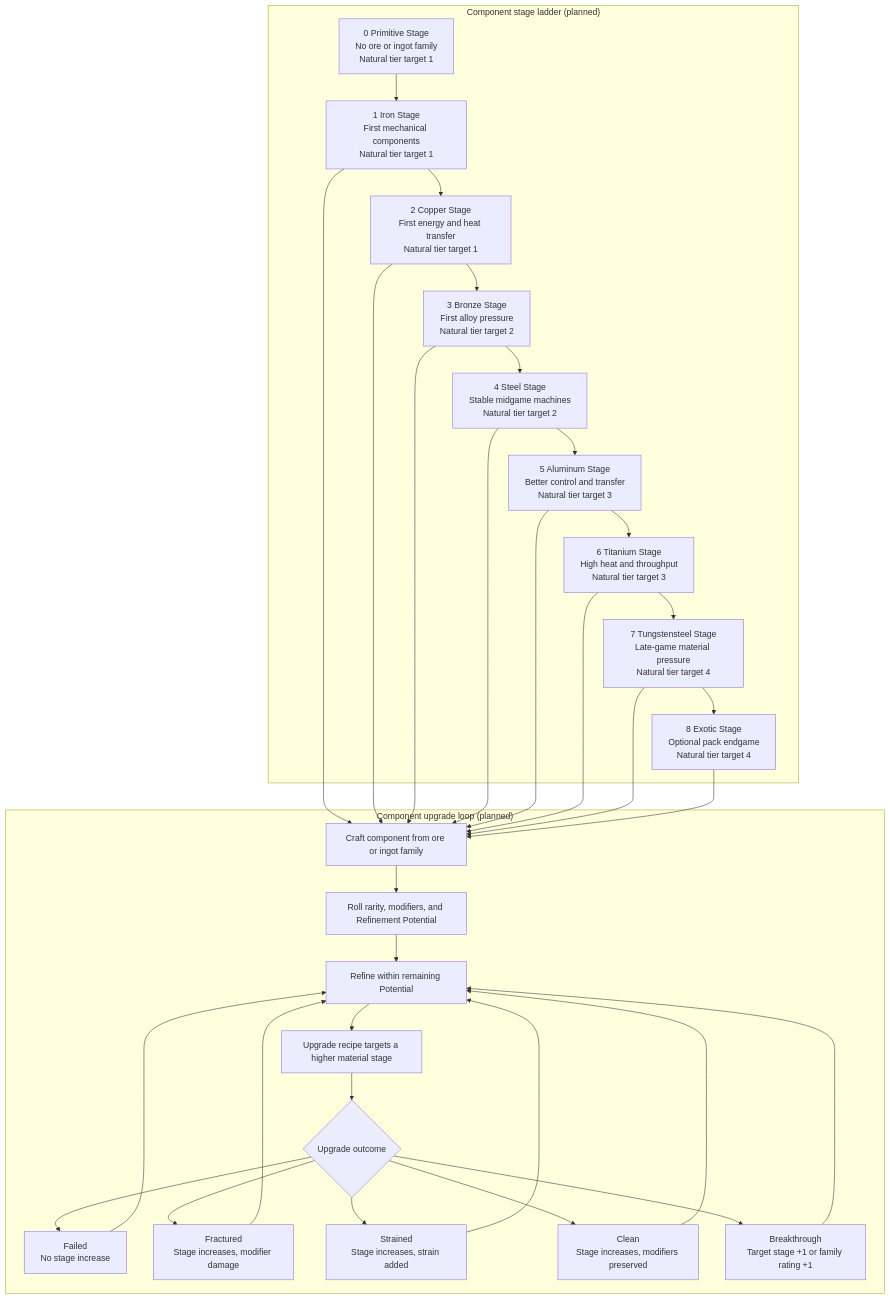
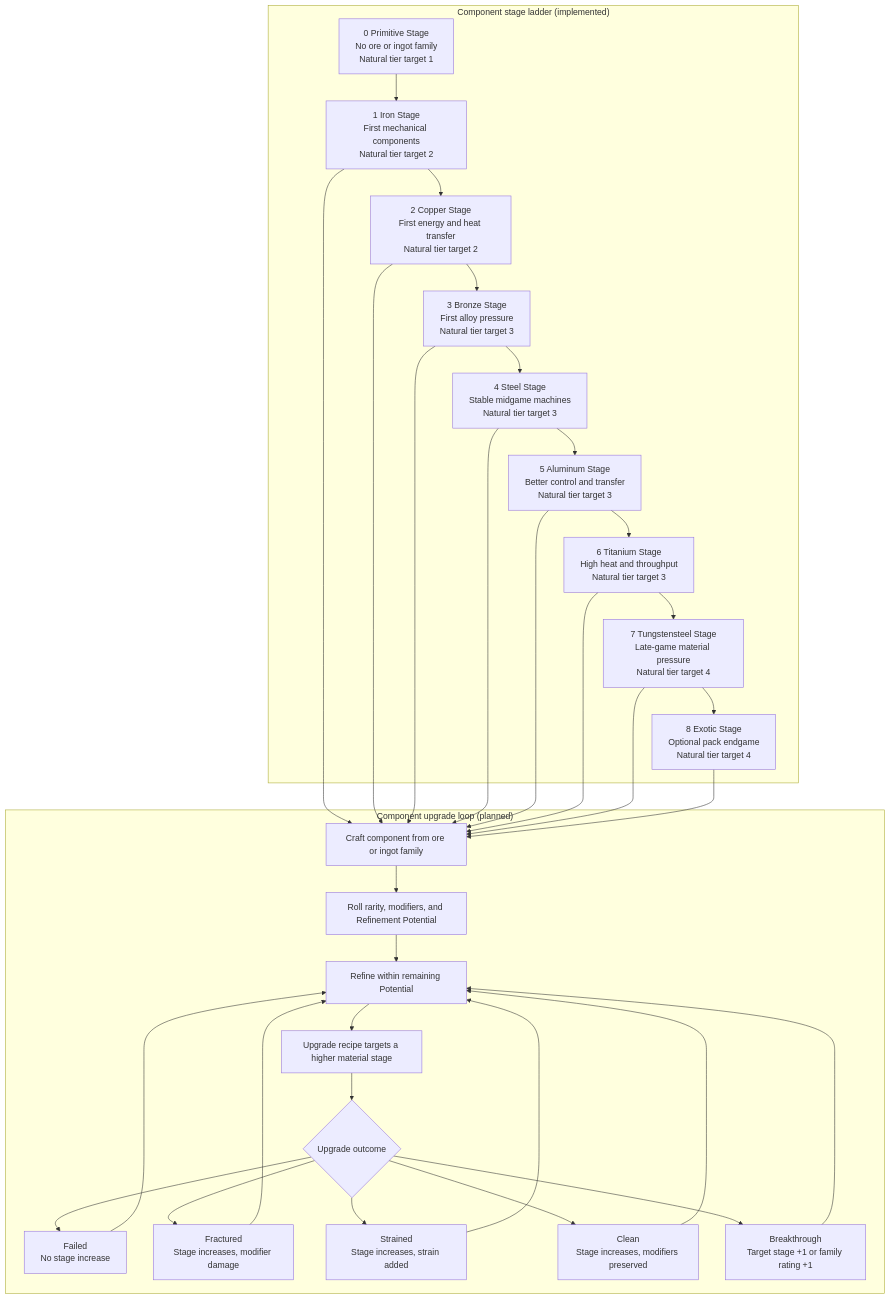
The first of 2 diagrams in docs/systems/stage-progression-and-ore-duplication.md (C-Pettersson/rngtech), drawn with Mermaid before and after one commit. The commit also changed other lines of this file and 122 other files, not shown here.

````diff
--- a/docs/systems/stage-progression-and-ore-duplication.md
+++ b/docs/systems/stage-progression-and-ore-duplication.md
@@ -11,50 +13,50 @@
 ```mermaid
 flowchart TD
-    subgraph stages["Component stage ladder (planned)"]
+    subgraph stages["Component stage ladder (implemented)"]
         S0["0 Primitive Stage\nNo ore or ingot family\nNatural tier target 1"]
-        S1["1 Iron Stage\nFirst mechanical components\nNatural tier target 1"]
-        S2["2 Copper Stage\nFirst energy and heat transfer\nNatural tier target 1"]
-        S3["3 Bronze Stage\nFirst alloy pressure\nNatural tier target 2"]
-        S4["4 Steel Stage\nStable midgame machines\nNatural tier target 2"]
+        S1["1 Iron Stage\nFirst mechanical components\nNatural tier target 2"]
+        S2["2 Copper Stage\nFirst energy and heat transfer\nNatural tier target 2"]
+        S3["3 Bronze Stage\nFirst alloy pressure\nNatural tier target 3"]
+        S4["4 Steel Stage\nStable midgame machines\nNatural tier target 3"]
         S5["5 Aluminum Stage\nBetter control and transfer\nNatural tier target 3"]
         S6["6 Titanium Stage\nHigh heat and throughput\nNatural tier target 3"]
         S7["7 Tungstensteel Stage\nLate-game material pressure\nNatural tier target 4"]
         S8["8 Exotic Stage\nOptional pack endgame\nNatural tier target 4"]
 
         S0 --> S1 --> S2 --> S3 --> S4 --> S5 --> S6 --> S7 --> S8
     end
 
     subgraph upgrades["Component upgrade loop (planned)"]
         Crafted["Craft component from ore or ingot family"]
         Roll["Roll rarity, modifiers, and Refinement Potential"]
         Refine["Refine within remaining Potential"]
         Upgrade["Upgrade recipe targets a higher material stage"]
         Outcome{"Upgrade outcome"}
         Failed["Failed\nNo stage increase"]
         Fractured["Fractured\nStage increases, modifier damage"]
         Strained["Strained\nStage increases, strain added"]
         Clean["Clean\nStage increases, modifiers preserved"]
         Breakthrough["Breakthrough\nTarget stage +1 or family rating +1"]
 
         Crafted --> Roll --> Refine --> Upgrade --> Outcome
         Outcome --> Failed
         Outcome --> Fractured
         Outcome --> Strained
         Outcome --> Clean
         Outcome --> Breakthrough
         Failed --> Refine
         Fractured --> Refine
         Strained --> Refine
         Clean --> Refine
         Breakthrough --> Refine
     end
 
     S1 --> Crafted
     S2 --> Crafted
     S3 --> Crafted
     S4 --> Crafted
     S5 --> Crafted
     S6 --> Crafted
     S7 --> Crafted
     S8 --> Crafted
 ```
````
